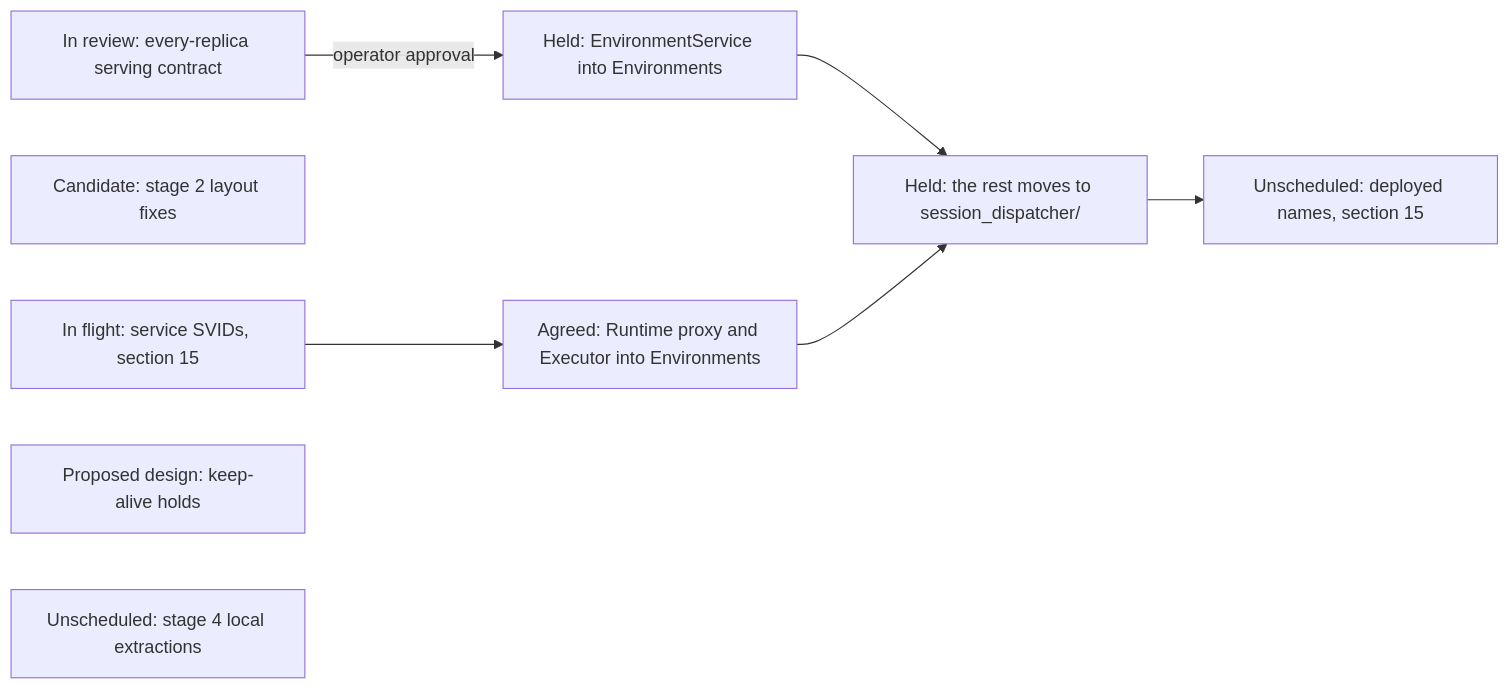
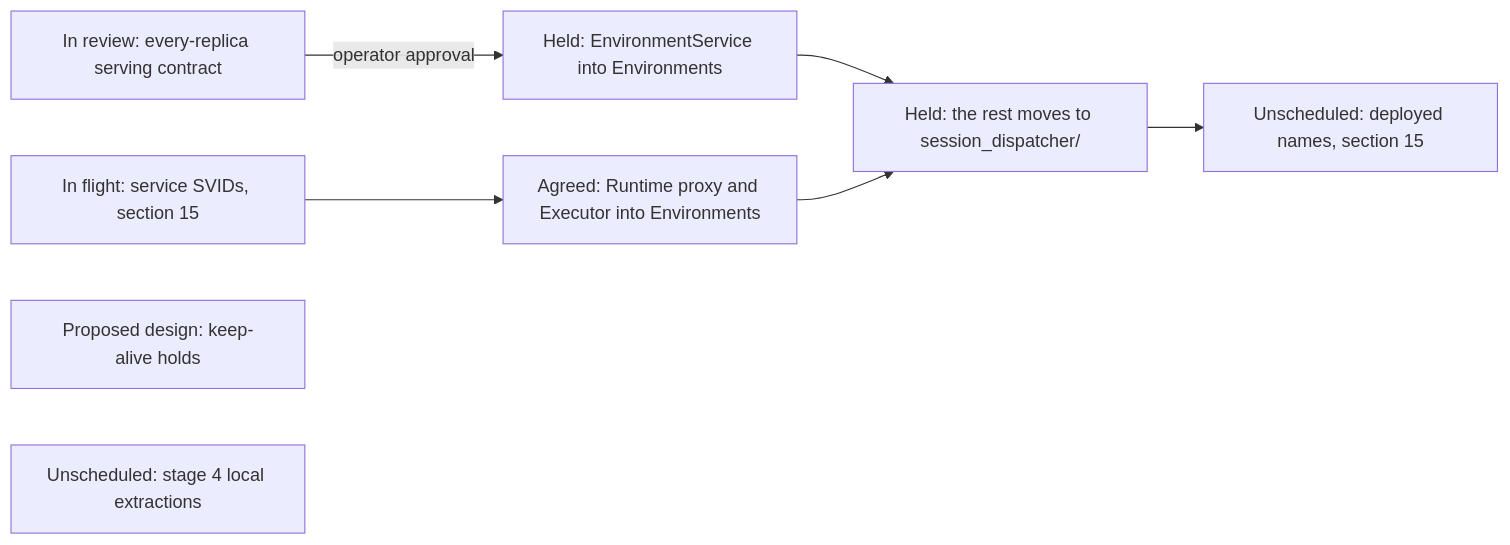
Diagram 21 of 21 in agentplane/plans/task_dag.md (agentydragon/ducktape), drawn with Mermaid before and after one commit. The commit also changed other lines of this file, not shown here.

Commit message:
docs: remove completed Go layout task

````diff
--- a/agentplane/plans/task_dag.md
+++ b/agentplane/plans/task_dag.md
@@ -3920,17 +3919,16 @@
 ```mermaid
 flowchart LR
     PRIVILEGED_BACKEND_AUTH_DESIGN[In flight: service SVIDs, section 15]
-    GO_LAYOUT_FIXES[Candidate: stage 2 layout fixes]
     ENVIRONMENT_SERVICE_SERVING_DESIGN[In review: every-replica serving contract]
     ENVIRONMENT_SERVICE_TO_ENVIRONMENTS[Held: EnvironmentService into Environments]
     RUNTIME_PROXY_TO_ENVIRONMENTS[Agreed: Runtime proxy and Executor into Environments]
     SESSIONS_BINARY_DIRECTORY[Held: the rest moves to session_dispatcher/]
     ENVIRONMENT_KEEP_ALIVE_HOLDS[Proposed design: keep-alive holds]
     GO_LOCAL_EXTRACTIONS[Unscheduled: stage 4 local extractions]
     RUNNER_GATEWAY_RENAME[Unscheduled: deployed names, section 15]
     ENVIRONMENT_SERVICE_SERVING_DESIGN -->|operator approval| ENVIRONMENT_SERVICE_TO_ENVIRONMENTS
     PRIVILEGED_BACKEND_AUTH_DESIGN --> RUNTIME_PROXY_TO_ENVIRONMENTS
     ENVIRONMENT_SERVICE_TO_ENVIRONMENTS --> SESSIONS_BINARY_DIRECTORY
     RUNTIME_PROXY_TO_ENVIRONMENTS --> SESSIONS_BINARY_DIRECTORY
     SESSIONS_BINARY_DIRECTORY --> RUNNER_GATEWAY_RENAME
 ```
````
